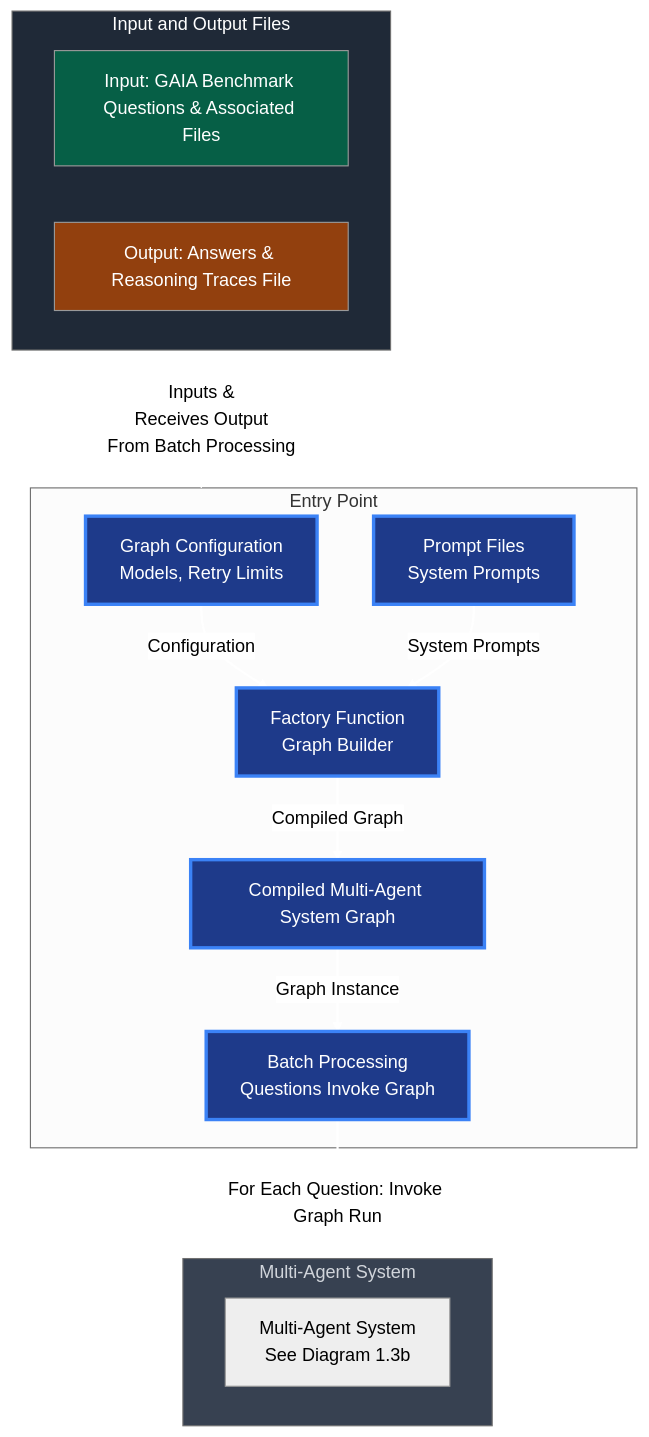
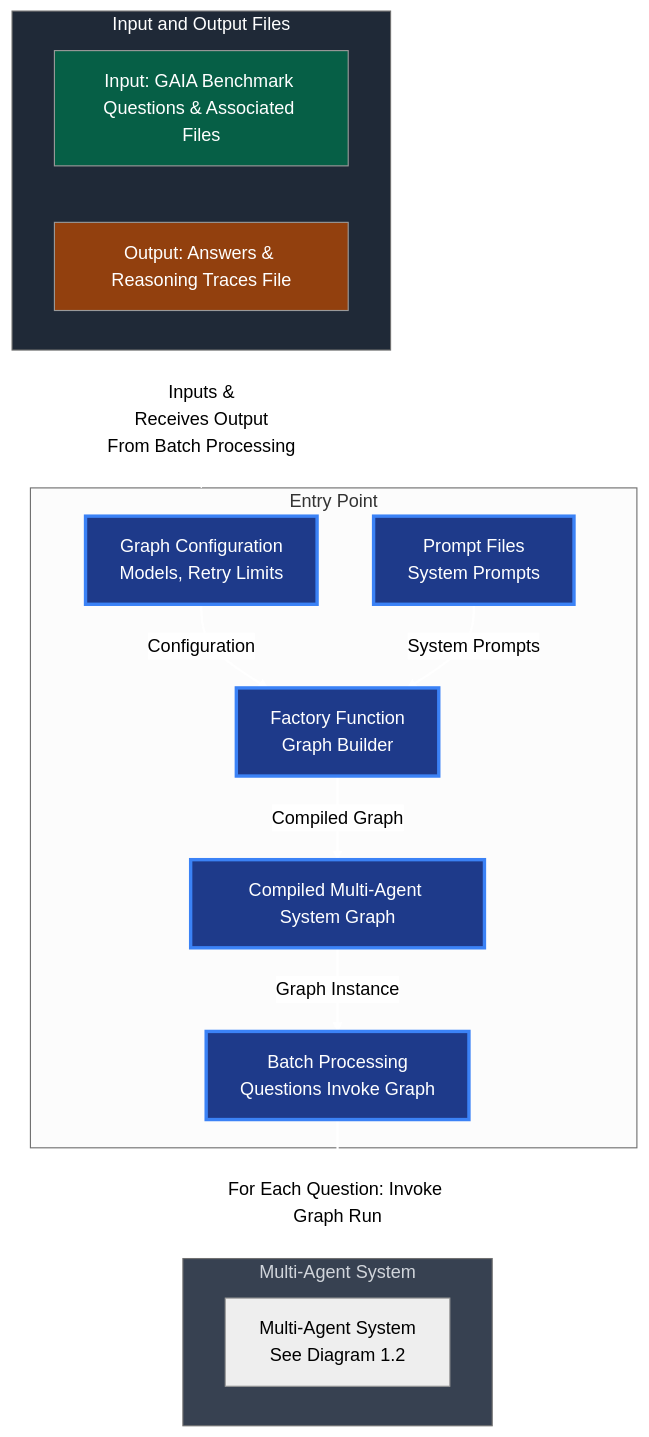
The third of 10 diagrams in docs/src/ARCHITECTURE.md (jdsham/hf-ai-agents-course), drawn with Mermaid (neutral theme) before and after one commit. The commit also changed other lines of this file and 3 other files, not shown here.

Commit message:
More major updates. Made source code design document. Added text file reading tool for the reesarcher.  Updated README and architecture document.

````diff
--- a/docs/src/ARCHITECTURE.md
+++ b/docs/src/ARCHITECTURE.md
@@ -326,45 +327,45 @@
 ```mermaid
 graph TB
     %% Top: Input and Output Files
     subgraph InputOutputFiles["Input and Output Files"]
         Input["Input: GAIA Benchmark Questions & Associated Files"]
         Output["Output: Answers & Reasoning Traces File"]
     end
     
     %% Entry Point
     subgraph EntryPoint["Entry Point"]
         GraphConfig[Graph Configuration<br/>Models, Retry Limits]
         Prompts[Prompt Files<br/>System Prompts]
         Factory[Factory Function<br/>Graph Builder]
         CompiledGraph[Compiled Multi-Agent System Graph]
         BatchProcessing[Batch Processing<br/>Questions Invoke Graph]
     end
     
     %% System Boundary
     subgraph SystemBoundary["Multi-Agent System"]
-        placeholder[Multi-Agent System<br/>See Diagram 1.3b]
+        placeholder[Multi-Agent System<br/>See Diagram 1.2]
     end
     
     %% Data Flow
     InputOutputFiles -->|"Inputs &<br>Receives Output<br>From Batch Processing"| EntryPoint
     GraphConfig -->|Configuration| Factory
     Prompts -->|System Prompts| Factory
     Factory -->|Compiled Graph| CompiledGraph
     CompiledGraph -->|Graph Instance| BatchProcessing
     BatchProcessing -->|"For Each Question: Invoke Graph Run"| SystemBoundary
 
     %% Styling
     classDef boundary fill:#374151,color:#d1d5db
     classDef system fill:#1e3a8a,color:#ffffff,stroke:#3b82f6,stroke-width:3px
     classDef interface fill:#1f2937,color:#ffffff
     classDef input fill:#065f46,color:#ffffff
     classDef output fill:#92400e,color:#ffffff
     
     class SystemBoundary boundary
     class Factory,GraphConfig,Prompts,CompiledGraph,BatchProcessing system
     class InputOutputFiles interface
     class Input input
     class Output output
     
     linkStyle default stroke:#ffffff,stroke-width:2px
 ```
````
